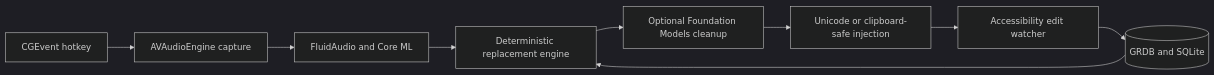
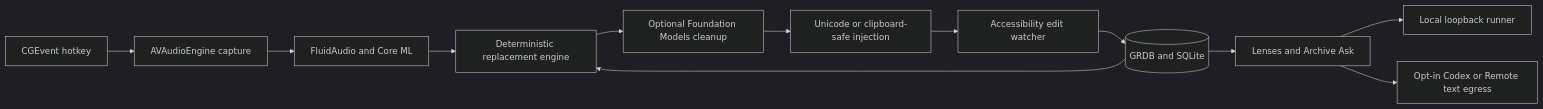
Before and after one commit to dihelium/vaakya: the diagram in README.md, drawn with Mermaid (dark theme). The commit also changed other lines of this file and 90 other files, not shown here.

````diff
--- a/README.md
+++ b/README.md
@@ -87,11 +139,14 @@
 ```mermaid
 flowchart LR
     Hotkey[CGEvent hotkey] --> Mic[AVAudioEngine capture]
     Mic --> ASR[FluidAudio and Core ML]
     ASR --> Rules[Deterministic replacement engine]
     Rules --> Cleanup[Optional Foundation Models cleanup]
     Cleanup --> Inject[Unicode or clipboard-safe injection]
     Inject --> Watch[Accessibility edit watcher]
     Watch --> DB[(GRDB and SQLite)]
     DB --> Rules
+    DB --> Lens[Lenses and Archive Ask]
+    Lens --> Local[Local loopback runner]
+    Lens --> Cloud[Opt-in Codex or Remote text egress]
 ```
````
